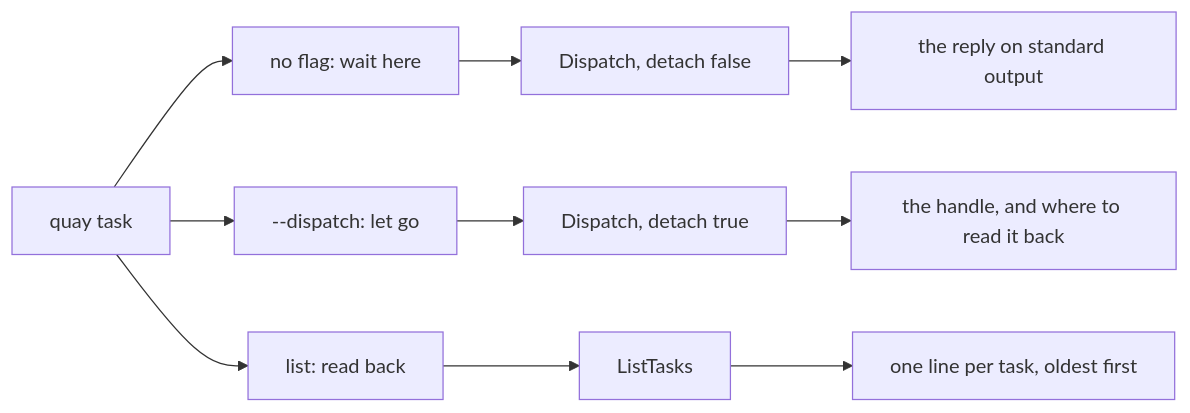
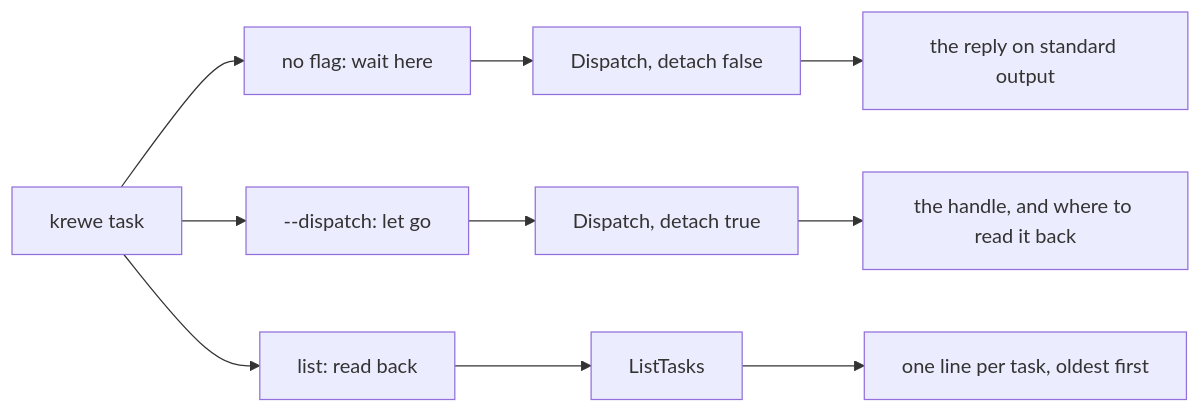
The second of 3 diagrams in docs/TASKS.md (atlantic-blue/quay-crew), drawn with Mermaid before and after one commit. The commit also changed other lines of this file and 27 other files, not shown here.

````diff
--- a/docs/TASKS.md
+++ b/docs/TASKS.md
@@ -85,12 +85,12 @@
 ```mermaid
 flowchart LR
-    WORD["quay task"] --> WAIT["no flag: wait here"]
+    WORD["krewe task"] --> WAIT["no flag: wait here"]
     WORD --> GO["--dispatch: let go"]
     WORD --> LIST["list: read back"]
     WAIT --> CALL["Dispatch, detach false"]
     GO --> CALLGO["Dispatch, detach true"]
     LIST --> READ["ListTasks"]
     CALL --> REPLY["the reply on standard output"]
     CALLGO --> HANDLE["the handle, and where to read it back"]
     READ --> HISTORY["one line per task, oldest first"]
 ```
````
